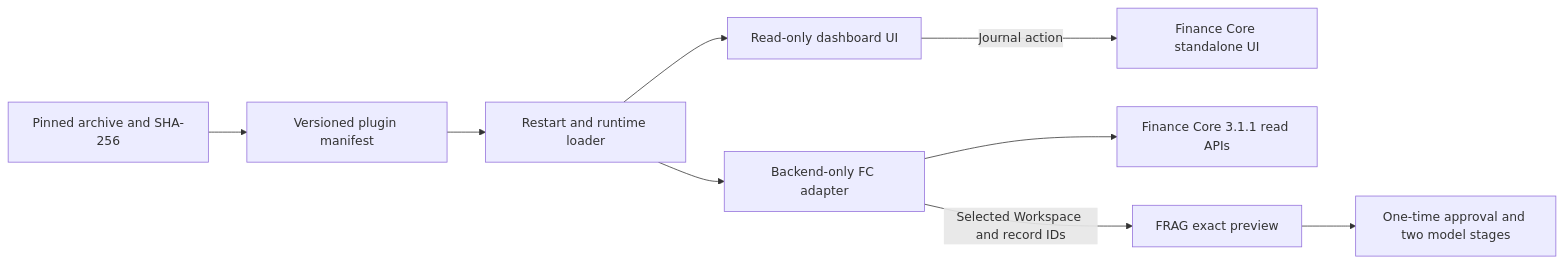
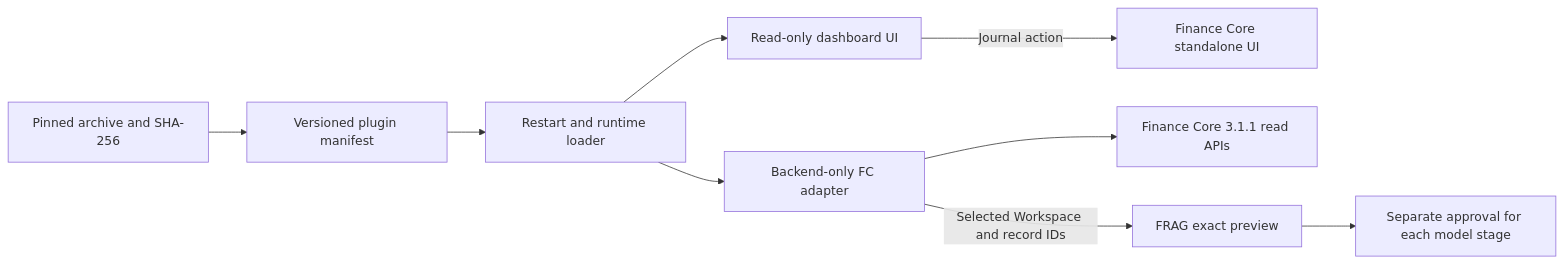
Before and after one commit to O-u-i/FRAG-harness: the third of 3 diagrams in README.md, drawn with Mermaid. The commit also changed other lines of this file and 25 other files, not shown here.

````diff
--- a/README.md
+++ b/README.md
@@ -72,11 +77,11 @@
 ```mermaid
 flowchart LR
     Installer[Pinned archive and SHA-256] --> Manifest[Versioned plugin manifest]
     Manifest --> Loader[Restart and runtime loader]
     Loader --> Dashboard[Read-only dashboard UI]
     Loader --> Adapter[Backend-only FC adapter]
     Adapter --> FC[Finance Core 3.1.1 read APIs]
     Dashboard -->|Journal action| FCUI[Finance Core standalone UI]
     Adapter -->|Selected Workspace and record IDs| Preview[FRAG exact preview]
-    Preview --> Harness[One-time approval and two model stages]
+    Preview --> Harness[Separate approval for each model stage]
 ```
````
